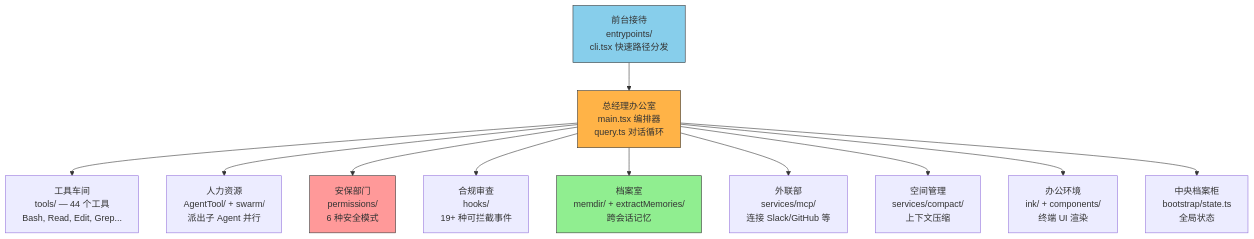
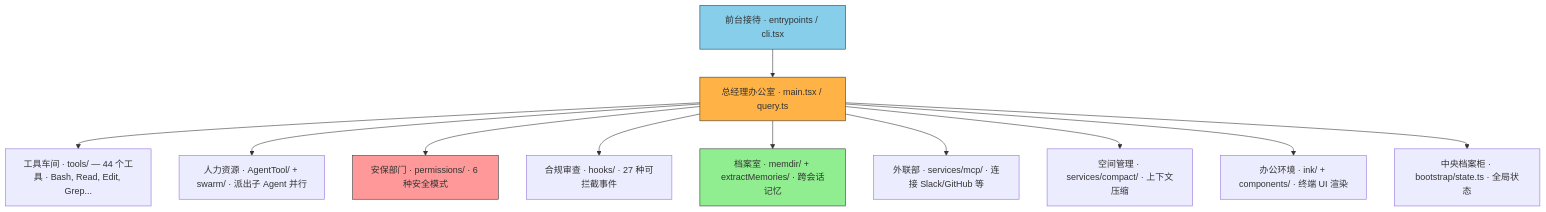
One commit to turf0909/sleep-code changed the third of 30 diagrams in CLAUDE_CODE_BOOK.md. Above: the diagram before and after it, drawn with Mermaid. The commit also changed other lines of this file, not shown here.

First line of the commit message:
docs: major expansion and fact-check of Claude Code architecture book

````diff
--- a/CLAUDE_CODE_BOOK.md
+++ b/CLAUDE_CODE_BOOK.md
@@ -362,19 +359,19 @@
 ```mermaid
 flowchart TD
-    CLI["前台接待<br/>entrypoints/<br/>cli.tsx 快速路径分发"] --> MAIN["总经理办公室<br/>main.tsx 编排器<br/>query.ts 对话循环"]
+    CLI["前台接待 · entrypoints / cli.tsx"] --> MAIN["总经理办公室 · main.tsx / query.ts"]
     
-    MAIN --> TOOLS["工具车间<br/>tools/ — 44 个工具<br/>Bash, Read, Edit, Grep..."]
-    MAIN --> AGENTS["人力资源<br/>AgentTool/ + swarm/<br/>派出子 Agent 并行"]
-    MAIN --> PERMS["安保部门<br/>permissions/<br/>6 种安全模式"]
-    MAIN --> HOOKS["合规审查<br/>hooks/<br/>19+ 种可拦截事件"]
-    MAIN --> MEMORY["档案室<br/>memdir/ + extractMemories/<br/>跨会话记忆"]
-    MAIN --> MCP["外联部<br/>services/mcp/<br/>连接 Slack/GitHub 等"]
-    MAIN --> COMPACT["空间管理<br/>services/compact/<br/>上下文压缩"]
-    MAIN --> UI["办公环境<br/>ink/ + components/<br/>终端 UI 渲染"]
-    MAIN --> STATE["中央档案柜<br/>bootstrap/state.ts<br/>全局状态"]
+    MAIN --> TOOLS["工具车间 · tools/ — 44 个工具 · Bash, Read, Edit, Grep..."]
+    MAIN --> AGENTS["人力资源 · AgentTool/ + swarm/ · 派出子 Agent 并行"]
+    MAIN --> PERMS["安保部门 · permissions/ · 6 种安全模式"]
+    MAIN --> HOOKS["合规审查 · hooks/ · 27 种可拦截事件"]
+    MAIN --> MEMORY["档案室 · memdir/ + extractMemories/ · 跨会话记忆"]
+    MAIN --> MCP["外联部 · services/mcp/ · 连接 Slack/GitHub 等"]
+    MAIN --> COMPACT["空间管理 · services/compact/ · 上下文压缩"]
+    MAIN --> UI["办公环境 · ink/ + components/ · 终端 UI 渲染"]
+    MAIN --> STATE["中央档案柜 · bootstrap/state.ts · 全局状态"]
 
     style CLI fill:#87CEEB,stroke:#333,color:#333
     style MAIN fill:#FFB347,stroke:#333,color:#333
     style PERMS fill:#ff9999,stroke:#333,color:#333
     style MEMORY fill:#90EE90,stroke:#333,color:#333
 ```
````
